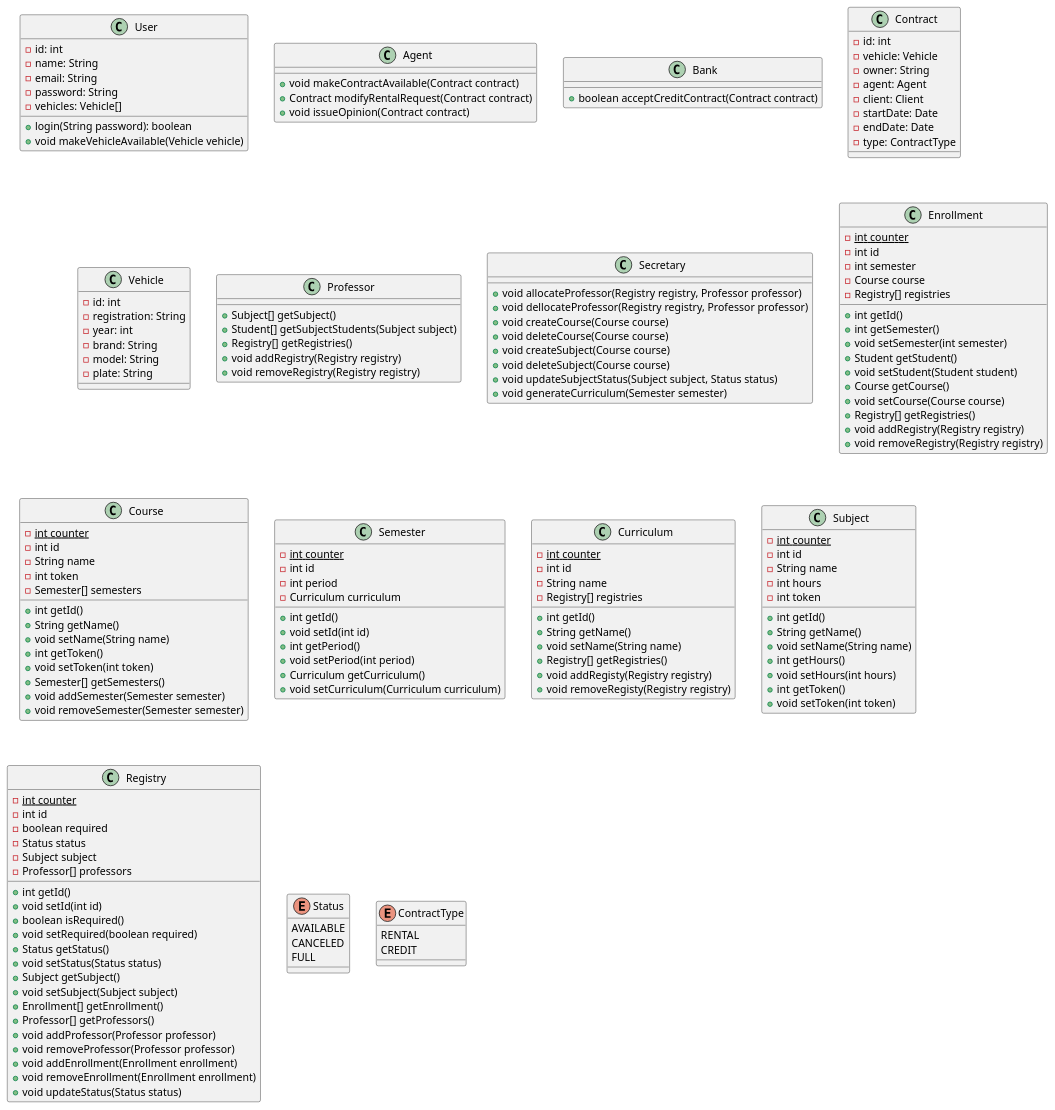
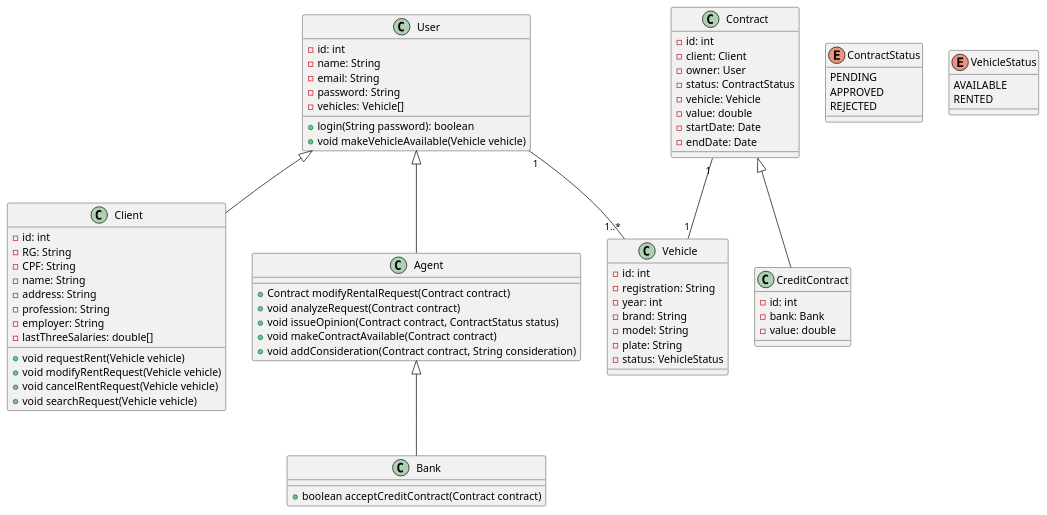
The diagram in projeto 2/project/classDiagram.plantuml (migueltico2/laboratorio-de-desenvolvimento-de-software), drawn with PlantUML before and after one commit.

Commit message:
finalized class diagram

```diff
--- a/projeto 2/project/classDiagram.plantuml
+++ b/projeto 2/project/classDiagram.plantuml
@@ -1,168 +1,85 @@
 @startuml
 
 class User {
     -id: int
     -name: String
     -email: String
     -password: String
     -vehicles: Vehicle[]
     +login(String password): boolean
     +void makeVehicleAvailable(Vehicle vehicle)
 }
 
+class Client {
+    -id: int
+    -RG: String
+    -CPF: String
+    -name: String
+    -address: String
+    -profession: String
+    -employer: String
+    -lastThreeSalaries: double[]
+    +void requestRent(Vehicle vehicle)
+    +void modifyRentRequest(Vehicle vehicle)
+    +void cancelRentRequest(Vehicle vehicle)
+    +void searchRequest(Vehicle vehicle)
+}
+
 
 class Agent {
+    +Contract modifyRentalRequest(Contract contract)
+    +void analyzeRequest(Contract contract)
+    +void issueOpinion(Contract contract, ContractStatus status)
     +void makeContractAvailable(Contract contract)
-    +Contract modifyRentalRequest(Contract contract)
-    +void issueOpinion(Contract contract)
-
+    +void addConsideration(Contract contract, String consideration)
 }
 
 class Bank {
     +boolean acceptCreditContract(Contract contract)
 }
 
 class Contract {
     -id: int
+    -client: Client
+    -owner: User
+    -status: ContractStatus
     -vehicle: Vehicle
-    -owner: String
-    -agent: Agent
-    -client: Client
+    -value: double
     -startDate: Date
     -endDate: Date
-    -type: ContractType
+}
+
+class CreditContract {
+    -id: int
+    -bank: Bank
+    -value: double
 }
 
 class Vehicle {
     -id: int
     -registration: String
     -year: int
     -brand: String
     -model: String
     -plate: String
+    -status: VehicleStatus
 }
 
-
-class Professor {
-    +Subject[] getSubject()
-    +Student[] getSubjectStudents(Subject subject)
-    +Registry[] getRegistries()
-    +void addRegistry(Registry registry)
-    +void removeRegistry(Registry registry)
-}
-class Secretary {
-    +void allocateProfessor(Registry registry, Professor professor)
-    +void dellocateProfessor(Registry registry, Professor professor)
-    +void createCourse(Course course)
-    +void deleteCourse(Course course)
-    +void createSubject(Course course)
-    +void deleteSubject(Course course)
-    +void updateSubjectStatus(Subject subject, Status status)
-    +void generateCurriculum(Semester semester)
-}
-class Enrollment {
-    -{static} int counter
-    -int id
-    -int semester
-    -Course course
-    -Registry[] registries
-    +int getId()
-    +int getSemester()
-    +void setSemester(int semester)
-    +Student getStudent()
-    +void setStudent(Student student)
-    +Course getCourse()
-    +void setCourse(Course course)
-    +Registry[] getRegistries()
-    +void addRegistry(Registry registry)
-    +void removeRegistry(Registry registry)
-}
-class Course {
-    -{static} int counter
-    -int id
-    -String name
-    -int token
-    -Semester[] semesters
-    +int getId()
-    +String getName()
-    +void setName(String name)
-    +int getToken()
-    +void setToken(int token)
-    +Semester[] getSemesters()
-    +void addSemester(Semester semester)
-    +void removeSemester(Semester semester)
-}
-class Semester {
-    -{static} int counter
-    -int id
-    -int period
-    -Curriculum curriculum
-    +int getId()
-    +void setId(int id)
-    +int getPeriod()
-    +void setPeriod(int period)
-    +Curriculum getCurriculum()
-    +void setCurriculum(Curriculum curriculum)
-}
-class Curriculum {
-    -{static} int counter
-    -int id
-    -String name
-    -Registry[] registries
-    +int getId()
-    +String getName()
-    +void setName(String name)
-    +Registry[] getRegistries()
-    +void addRegisty(Registry registry)
-    +void removeRegisty(Registry registry)
-}
-class Subject {
-    -{static} int counter
-    -int id
-    -String name
-    -int hours
-    -int token
-    +int getId()
-    +String getName()
-    +void setName(String name)
-    +int getHours()
-    +void setHours(int hours)
-    +int getToken()
-    +void setToken(int token)
-}
-class Registry {
-    -{static} int counter
-    -int id
-    -boolean required
-    -Status status
-    -Subject subject
-    -Professor[] professors
-    +int getId()
-    +void setId(int id)
-    +boolean isRequired()
-    +void setRequired(boolean required)
-    +Status getStatus()
-    +void setStatus(Status status)
-    +Subject getSubject()
-    +void setSubject(Subject subject)
-    +Enrollment[] getEnrollment()
-    +Professor[] getProfessors()
-    +void addProfessor(Professor professor)
-    +void removeProfessor(Professor professor)
-    +void addEnrollment(Enrollment enrollment)
-    +void removeEnrollment(Enrollment enrollment)
-    +void updateStatus(Status status)
+enum ContractStatus {
+    PENDING
+    APPROVED
+    REJECTED
 }
 
-enum Status {
+enum VehicleStatus {
     AVAILABLE
-    CANCELED
-    FULL
+    RENTED
 }
 
-enum ContractType {
-    RENTAL
-    CREDIT
-}
-
+User <|-- Agent
+User <|-- Client
+User "1" -- "1..*" Vehicle
+Contract <|-- CreditContract
+Contract "1" -- "1" Vehicle
+Agent <|-- Bank
 @enduml
```
